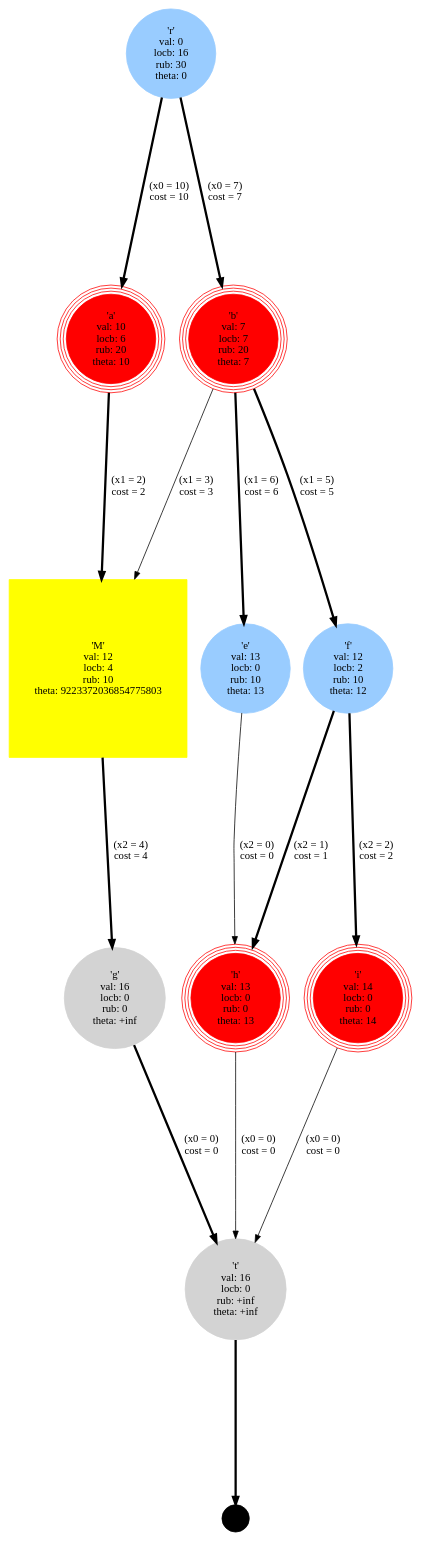
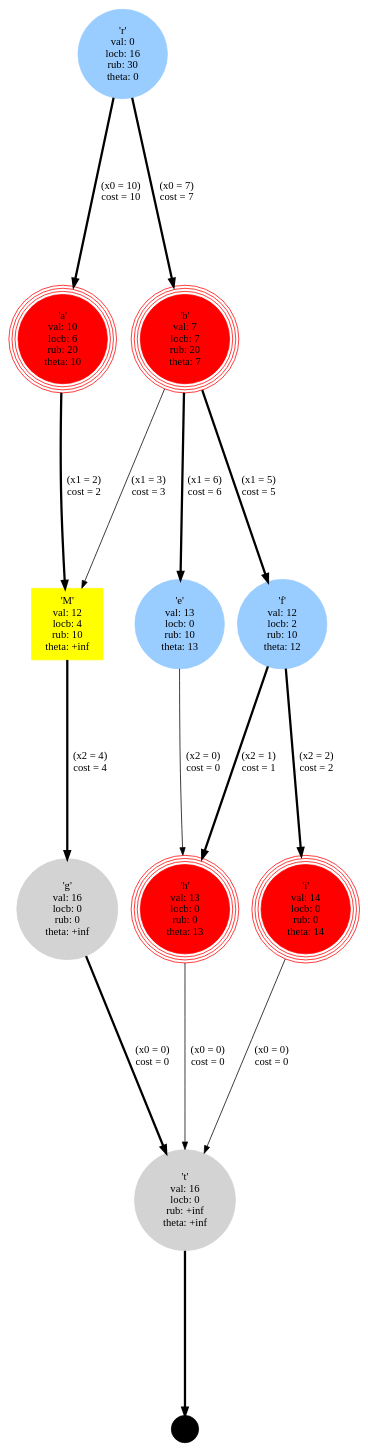
One commit to xgillard/ddo changed the diagram in resources/visualisation_tests/default_viz.dot. Above: the diagram before and after it, drawn with Graphviz. The commit also changed 1 other file, not shown here.

```diff
--- a/resources/visualisation_tests/default_viz.dot
+++ b/resources/visualisation_tests/default_viz.dot
@@ -1,29 +1,29 @@
 digraph {
         ranksep = 3;
 
         0 [shape=circle,style=filled,color="#99ccff",peripheries=1,group="root",label="'r'\nval: 0\nlocb: 16\nrub: 30\ntheta: 0"];
         1 [shape=circle,style=filled,color=red,peripheries=4,group="0",label="'a'\nval: 10\nlocb: 6\nrub: 20\ntheta: 10"];
         0 -> 1 [penwidth=3,label="(x0 = 10)\ncost = 10"];
         2 [shape=circle,style=filled,color=red,peripheries=4,group="0",label="'b'\nval: 7\nlocb: 7\nrub: 20\ntheta: 7"];
         0 -> 2 [penwidth=3,label="(x0 = 7)\ncost = 7"];
         5 [shape=circle,style=filled,color="#99ccff",peripheries=1,group="1",label="'e'\nval: 13\nlocb: 0\nrub: 10\ntheta: 13"];
         2 -> 5 [penwidth=3,label="(x1 = 6)\ncost = 6"];
         6 [shape=circle,style=filled,color="#99ccff",peripheries=1,group="1",label="'f'\nval: 12\nlocb: 2\nrub: 10\ntheta: 12"];
         2 -> 6 [penwidth=3,label="(x1 = 5)\ncost = 5"];
-        7 [shape=square,style=filled,color=yellow,peripheries=1,group="1",label="'M'\nval: 12\nlocb: 4\nrub: 10\ntheta: 9223372036854775803"];
+        7 [shape=square,style=filled,color=yellow,peripheries=1,group="1",label="'M'\nval: 12\nlocb: 4\nrub: 10\ntheta: +inf"];
         2 -> 7 [penwidth=1,label="(x1 = 3)\ncost = 3"];
         1 -> 7 [penwidth=3,label="(x1 = 2)\ncost = 2"];
         8 [shape=circle,style=filled,color=red,peripheries=4,group="2",label="'h'\nval: 13\nlocb: 0\nrub: 0\ntheta: 13"];
         6 -> 8 [penwidth=3,label="(x2 = 1)\ncost = 1"];
         5 -> 8 [penwidth=1,label="(x2 = 0)\ncost = 0"];
         9 [shape=circle,style=filled,color=red,peripheries=4,group="2",label="'i'\nval: 14\nlocb: 0\nrub: 0\ntheta: 14"];
         6 -> 9 [penwidth=3,label="(x2 = 2)\ncost = 2"];
         10 [shape=circle,style=filled,color=lightgray,peripheries=1,group="2",label="'g'\nval: 16\nlocb: 0\nrub: 0\ntheta: +inf"];
         7 -> 10 [penwidth=3,label="(x2 = 4)\ncost = 4"];
         11 [shape=circle,style=filled,color=lightgray,peripheries=1,group="0",label="'t'\nval: 16\nlocb: 0\nrub: +inf\ntheta: +inf"];
         9 -> 11 [penwidth=1,label="(x0 = 0)\ncost = 0"];
         10 -> 11 [penwidth=3,label="(x0 = 0)\ncost = 0"];
         8 -> 11 [penwidth=1,label="(x0 = 0)\ncost = 0"];
         terminal [shape="circle", label="", style="filled", color="black", group="terminal"];
         11 -> terminal [penwidth=3];
 }
```
